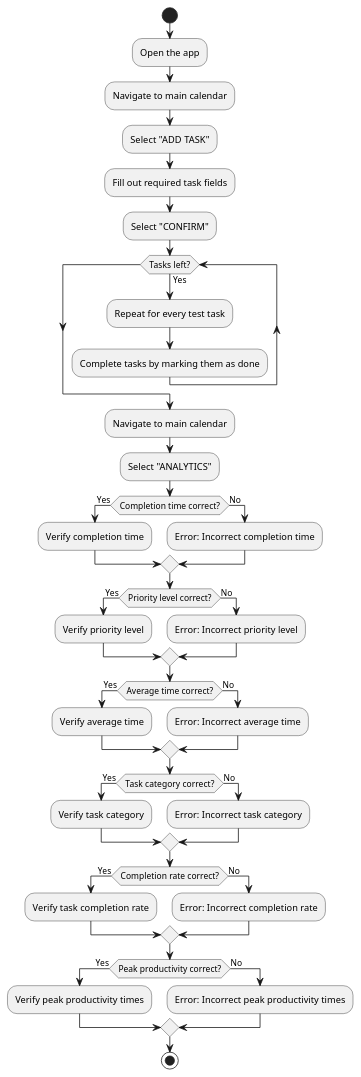
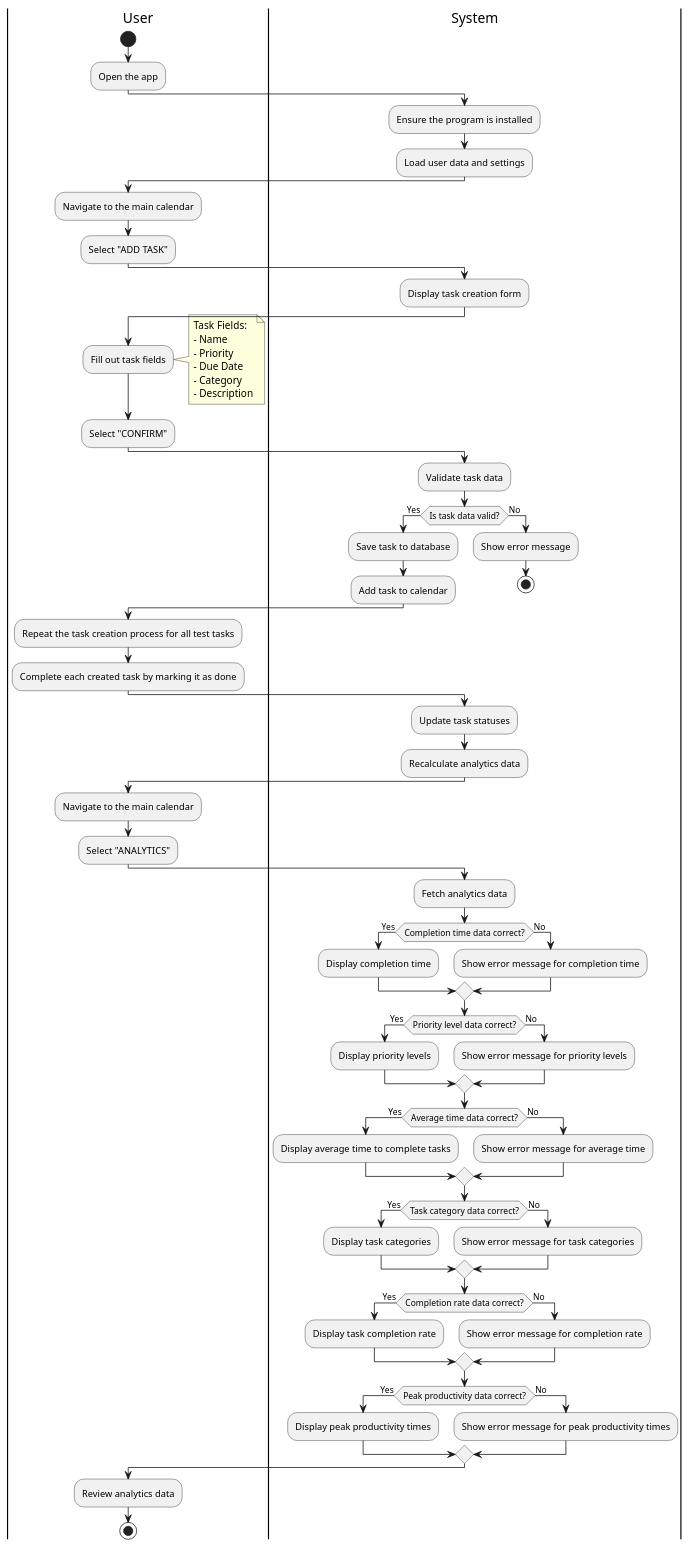
One commit to CS361-2024Fall-Term/Innovators changed the diagram in assignment7/task_progress_track.puml. Above: the diagram before and after it, drawn with PlantUML.

```diff
--- a/assignment7/task_progress_track.puml
+++ b/assignment7/task_progress_track.puml
@@ -1,55 +1,94 @@
 @startuml Task_Progress_Track
+|User|
 start
+:Open the app;
 
-:Open the app;
-:Navigate to main calendar;
+|System|
+:Ensure the program is installed;
+:Load user data and settings;
+
+|User|
+:Navigate to the main calendar;
 :Select "ADD TASK";
-:Fill out required task fields;
+
+|System|
+:Display task creation form;
+
+|User|
+:Fill out task fields;
+note right
+Task Fields:
+- Name
+- Priority
+- Due Date
+- Category
+- Description
+end note
+
 :Select "CONFIRM";
 
-while (Tasks left?) is (Yes)
-  :Repeat for every test task;
-  :Complete tasks by marking them as done;
-endwhile
+|System|
+:Validate task data;
+if (Is task data valid?) then (Yes)
+  :Save task to database;
+  :Add task to calendar;
+else (No)
+  :Show error message;
+  stop
+endif
 
-:Navigate to main calendar;
+|User|
+:Repeat the task creation process for all test tasks;
+:Complete each created task by marking it as done;
+
+|System|
+:Update task statuses;
+:Recalculate analytics data;
+
+|User|
+:Navigate to the main calendar;
 :Select "ANALYTICS";
 
-if (Completion time correct?) then (Yes)
-  :Verify completion time;
+|System|
+:Fetch analytics data;
+if (Completion time data correct?) then (Yes)
+  :Display completion time;
 else (No)
-  :Error: Incorrect completion time;
+  :Show error message for completion time;
 endif
 
-if (Priority level correct?) then (Yes)
-  :Verify priority level;
+if (Priority level data correct?) then (Yes)
+  :Display priority levels;
 else (No)
-  :Error: Incorrect priority level;
+  :Show error message for priority levels;
 endif
 
-if (Average time correct?) then (Yes)
-  :Verify average time;
+if (Average time data correct?) then (Yes)
+  :Display average time to complete tasks;
 else (No)
-  :Error: Incorrect average time;
+  :Show error message for average time;
 endif
 
-if (Task category correct?) then (Yes)
-  :Verify task category;
+if (Task category data correct?) then (Yes)
+  :Display task categories;
 else (No)
-  :Error: Incorrect task category;
+  :Show error message for task categories;
 endif
 
-if (Completion rate correct?) then (Yes)
-  :Verify task completion rate;
+if (Completion rate data correct?) then (Yes)
+  :Display task completion rate;
 else (No)
-  :Error: Incorrect completion rate;
+  :Show error message for completion rate;
 endif
 
-if (Peak productivity correct?) then (Yes)
-  :Verify peak productivity times;
+if (Peak productivity data correct?) then (Yes)
+  :Display peak productivity times;
 else (No)
-  :Error: Incorrect peak productivity times;
+  :Show error message for peak productivity times;
 endif
+
+|User|
+:Review analytics data;
 
 stop
 @enduml
```
